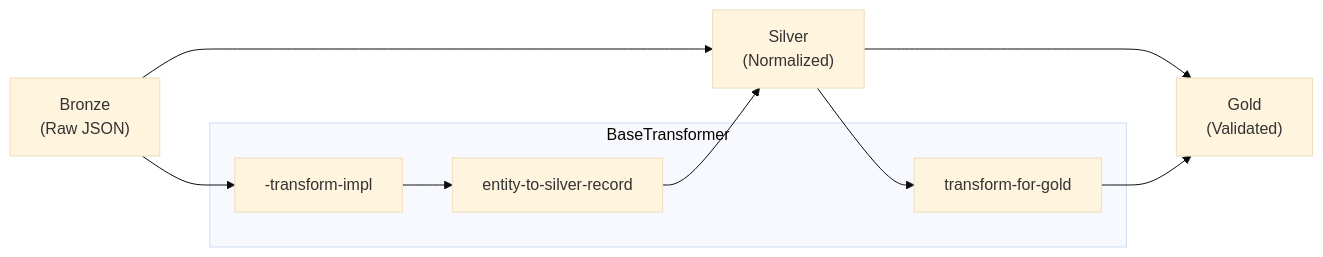
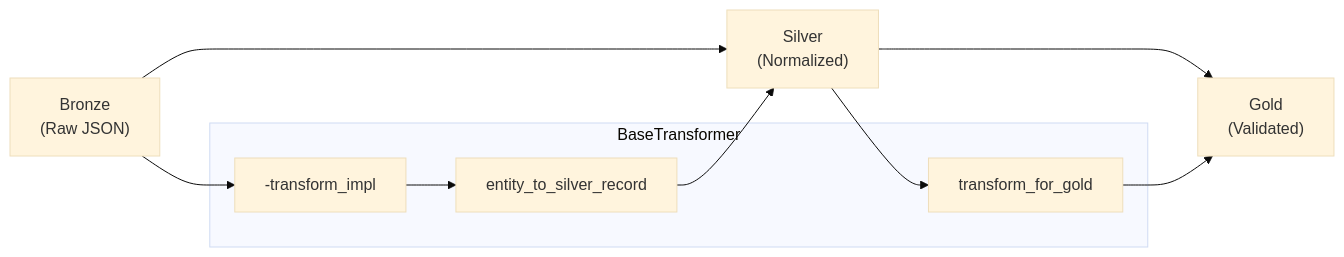
Before and after one commit to SatoryKono/BioactivityDataAcquisition: the diagram in docs/04-reference/api/application/transformers.md, drawn with Mermaid (base theme). The commit also changed other lines of this file and 34 other files, not shown here.

````diff
--- a/docs/04-reference/api/application/transformers.md
+++ b/docs/04-reference/api/application/transformers.md
@@ -9,17 +9,17 @@
 ```mermaid
 flowchart LR
     Bronze["Bronze<br/>(Raw JSON)"] --> Silver["Silver<br/>(Normalized)"]
     Silver --> Gold["Gold<br/>(Validated)"]
 
     subgraph Transform["BaseTransformer"]
-        T1[-transform-impl]
-        T2[entity-to-silver-record]
-        T3[transform-for-gold]
+        T1[-transform_impl]
+        T2[entity_to_silver_record]
+        T3[transform_for_gold]
     end
 
     Bronze --> T1
     T1 --> T2
     T2 --> Silver
     Silver --> T3
     T3 --> Gold
 ```
````
